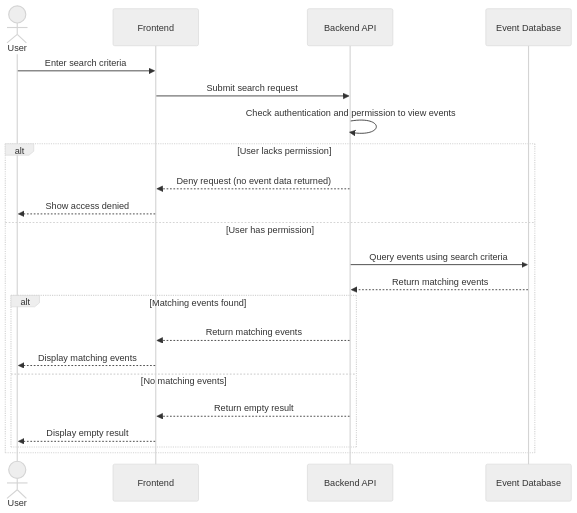
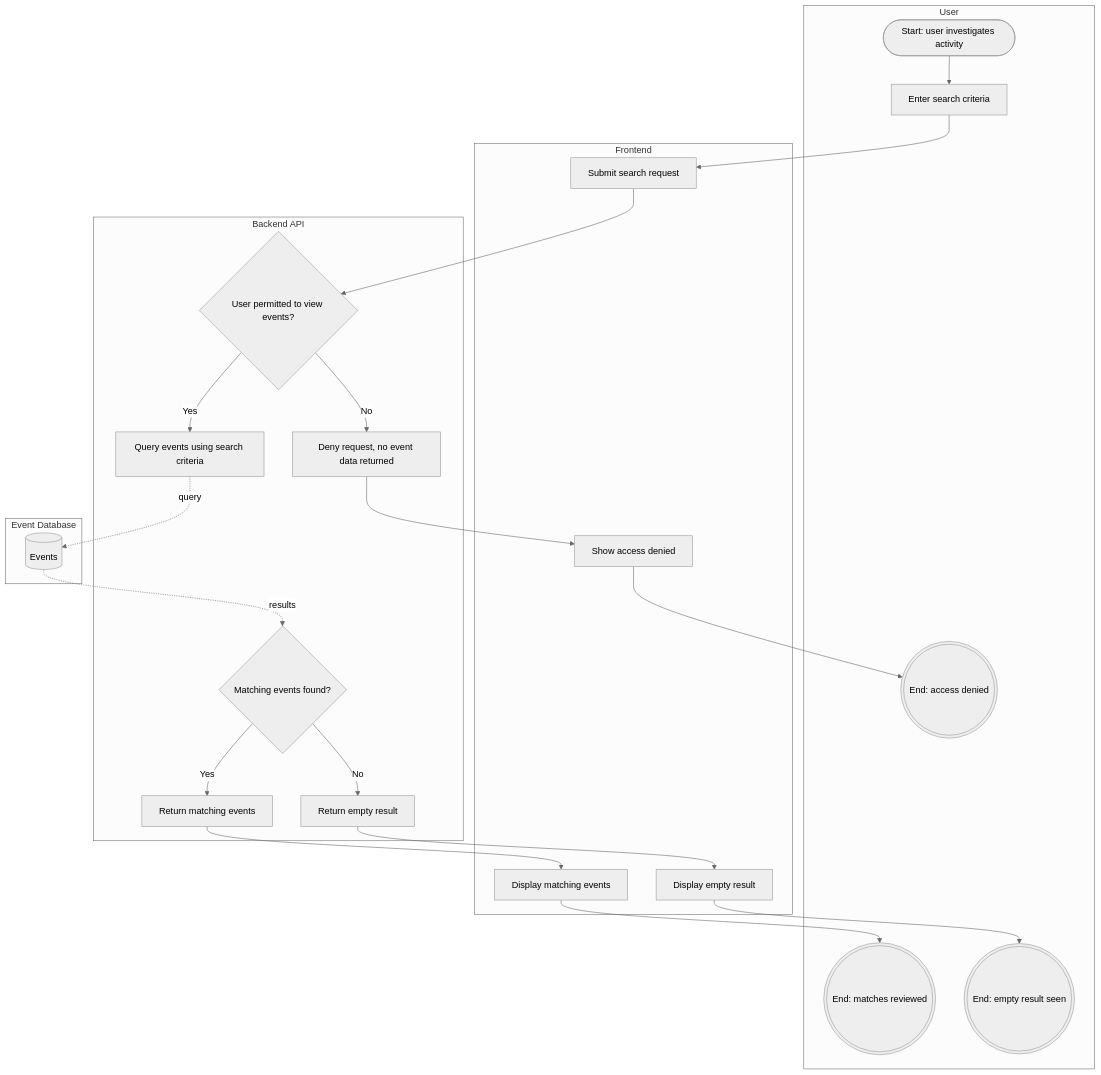
Before and after one commit to El-Dorado26/hive-honeypot-network: the second of 2 diagrams in docs/analysis/behavior/US-07-dashboard.md, drawn with Mermaid (neutral theme). The commit also changed other lines of this file, not shown here.

First line of the commit message:
Convert UML diagrams to business process diagrams

````diff
--- a/docs/analysis/behavior/US-07-dashboard.md
+++ b/docs/analysis/behavior/US-07-dashboard.md
@@ -59,27 +80,38 @@
 ```mermaid
-sequenceDiagram
-    actor User
-    participant UI as Frontend
-    participant API as Backend API
-    participant DB as Event Database
+flowchart TB
+    subgraph U["User"]
+        U1(["Start: user investigates activity"])
+        U2["Enter search criteria"]
+        UE1((("End: matches reviewed")))
+        UE2((("End: empty result seen")))
+        UE3((("End: access denied")))
+    end
 
-    User->>UI: Enter search criteria
-    UI->>API: Submit search request
-    API->>API: Check authentication and permission to view events
+    subgraph F["Frontend"]
+        F1["Submit search request"]
+        F2["Show access denied"]
+        F3["Display matching events"]
+        F4["Display empty result"]
+    end
 
-    alt User lacks permission
-        API-->>UI: Deny request (no event data returned)
-        UI-->>User: Show access denied
-    else User has permission
-        API->>DB: Query events using search criteria
-        DB-->>API: Return matching events
+    subgraph B["Backend API"]
+        B1{"User permitted to view events?"}
+        B2["Deny request, no event data returned"]
+        B3["Query events using search criteria"]
+        B4{"Matching events found?"}
+        B5["Return matching events"]
+        B6["Return empty result"]
+    end
 
-        alt Matching events found
-            API-->>UI: Return matching events
-            UI-->>User: Display matching events
-        else No matching events
-            API-->>UI: Return empty result
-            UI-->>User: Display empty result
-        end
+    subgraph D["Event Database"]
+        D1[("Events")]
     end
+
+    U1 --> U2 --> F1 --> B1
+    B1 -->|"No"| B2 --> F2 --> UE3
+    B1 -->|"Yes"| B3
+    B3 -.->|"query"| D1
+    D1 -.->|"results"| B4
+    B4 -->|"Yes"| B5 --> F3 --> UE1
+    B4 -->|"No"| B6 --> F4 --> UE2
 ```
````
